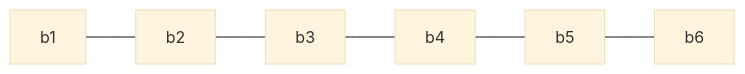
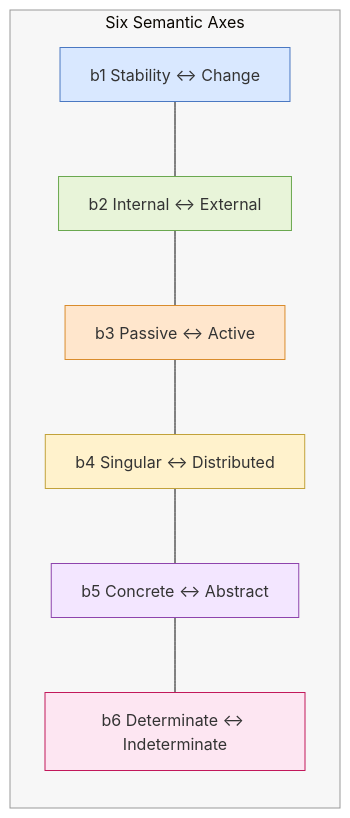
The first of 8 diagrams in whitepaper/Whitepaper‑Figures.mmd (sciganec/subit-atlas), drawn with Mermaid (base theme) before and after one commit. The commit also changed other lines of this file, not shown here.

````diff
--- a/whitepaper/Whitepaper‑Figures.mmd
+++ b/whitepaper/Whitepaper‑Figures.mmd
@@ -5,10 +5,22 @@
 ```mermaid
 graph LR
-    A0["b1"]
-    A1["b2"]
-    A2["b3"]
-    A3["b4"]
-    A4["b5"]
-    A5["b6"]
-    A0 --- A1 --- A2 --- A3 --- A4 --- A5
+
+    subgraph AXES["Six Semantic Axes"]
+        A1["b1 Stability ↔ Change"]
+        A2["b2 Internal ↔ External"]
+        A3["b3 Passive ↔ Active"]
+        A4["b4 Singular ↔ Distributed"]
+        A5["b5 Concrete ↔ Abstract"]
+        A6["b6 Determinate ↔ Indeterminate"]
+    end
+
+    A1 --- A2 --- A3 --- A4 --- A5 --- A6
+
+    style AXES fill:#f7f7f7,stroke:#999,stroke-width:1px
+    style A1 fill:#d9e8ff,stroke:#4a78c2
+    style A2 fill:#e8f4d9,stroke:#6aa84f
+    style A3 fill:#ffe6cc,stroke:#d98c2c
+    style A4 fill:#fff2cc,stroke:#c2a23a
+    style A5 fill:#f3e6ff,stroke:#8e44ad
+    style A6 fill:#fde6f2,stroke:#c2185b
 ```
````
